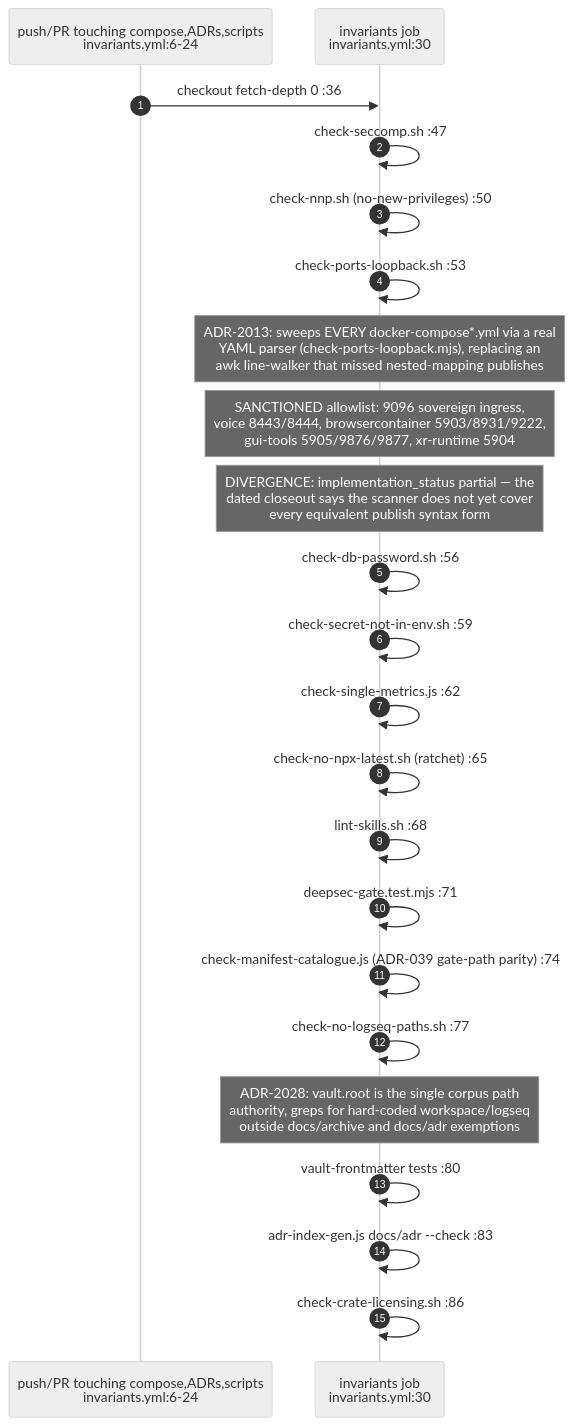
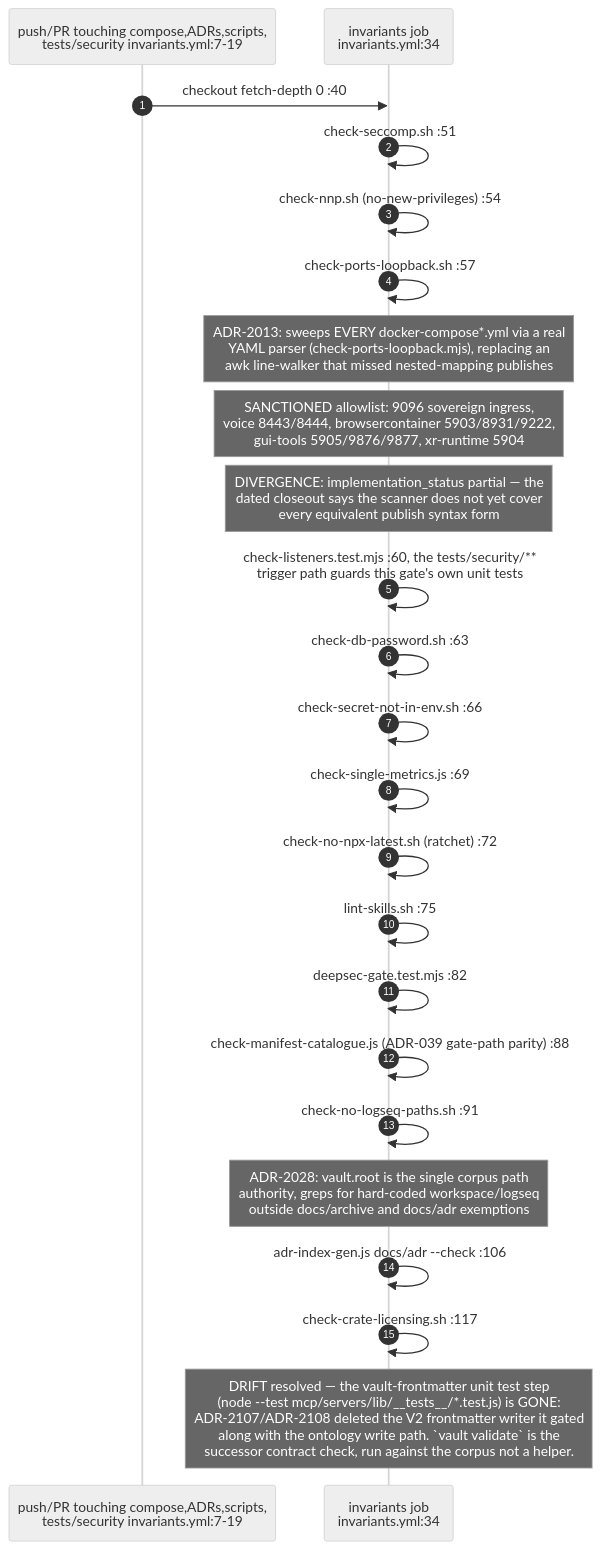
Diagram 15 of 23 in docs/diagrams/estate/09-build-deploy-and-ci-estate.md (DreamLab-AI/VisionFlow), drawn with Mermaid (neutral theme) before and after one commit. The commit also changed other lines of this file and 136 other files, not shown here.

First line of the commit message:
docs(diagrams): refresh the whole corpus to code HEAD and prune low-value diagrams

````diff
--- a/docs/diagrams/estate/09-build-deploy-and-ci-estate.md
+++ b/docs/diagrams/estate/09-build-deploy-and-ci-estate.md
@@ -521,26 +517,27 @@
 ```mermaid
 sequenceDiagram
     autonumber
-    participant GH as push/PR touching compose,ADRs,scripts<br/>invariants.yml:6-24
-    participant J as invariants job<br/>invariants.yml:30
+    participant GH as push/PR touching compose,ADRs,scripts,<br/>tests/security invariants.yml:7-19
+    participant J as invariants job<br/>invariants.yml:34
 
-    GH->>J: checkout fetch-depth 0 :36
-    J->>J: check-seccomp.sh :47
-    J->>J: check-nnp.sh (no-new-privileges) :50
-    J->>J: check-ports-loopback.sh :53
+    GH->>J: checkout fetch-depth 0 :40
+    J->>J: check-seccomp.sh :51
+    J->>J: check-nnp.sh (no-new-privileges) :54
+    J->>J: check-ports-loopback.sh :57
     Note over J: ADR-2013: sweeps EVERY docker-compose*.yml via a real<br/>YAML parser (check-ports-loopback.mjs), replacing an<br/>awk line-walker that missed nested-mapping publishes
     Note over J: SANCTIONED allowlist: 9096 sovereign ingress,<br/>voice 8443/8444, browsercontainer 5903/8931/9222,<br/>gui-tools 5905/9876/9877, xr-runtime 5904
     Note over J: DIVERGENCE: implementation_status partial — the<br/>dated closeout says the scanner does not yet cover<br/>every equivalent publish syntax form
-    J->>J: check-db-password.sh :56
-    J->>J: check-secret-not-in-env.sh :59
-    J->>J: check-single-metrics.js :62
-    J->>J: check-no-npx-latest.sh (ratchet) :65
-    J->>J: lint-skills.sh :68
-    J->>J: deepsec-gate.test.mjs :71
-    J->>J: check-manifest-catalogue.js (ADR-039 gate-path parity) :74
-    J->>J: check-no-logseq-paths.sh :77
+    J->>J: check-listeners.test.mjs :60, the tests/security/**<br/>trigger path guards this gate's own unit tests
+    J->>J: check-db-password.sh :63
+    J->>J: check-secret-not-in-env.sh :66
+    J->>J: check-single-metrics.js :69
+    J->>J: check-no-npx-latest.sh (ratchet) :72
+    J->>J: lint-skills.sh :75
+    J->>J: deepsec-gate.test.mjs :82
+    J->>J: check-manifest-catalogue.js (ADR-039 gate-path parity) :88
+    J->>J: check-no-logseq-paths.sh :91
     Note over J: ADR-2028: vault.root is the single corpus path<br/>authority, greps for hard-coded workspace/logseq<br/>outside docs/archive and docs/adr exemptions
-    J->>J: vault-frontmatter tests :80
-    J->>J: adr-index-gen.js docs/adr --check :83
-    J->>J: check-crate-licensing.sh :86
+    J->>J: adr-index-gen.js docs/adr --check :106
+    J->>J: check-crate-licensing.sh :117
+    Note over J: DRIFT resolved — the vault-frontmatter unit test step<br/>(node --test mcp/servers/lib/__tests__/*.test.js) is GONE:<br/>ADR-2107/ADR-2108 deleted the V2 frontmatter writer it gated<br/>along with the ontology write path. `vault validate` is the<br/>successor contract check, run against the corpus not a helper.
 ```
````
